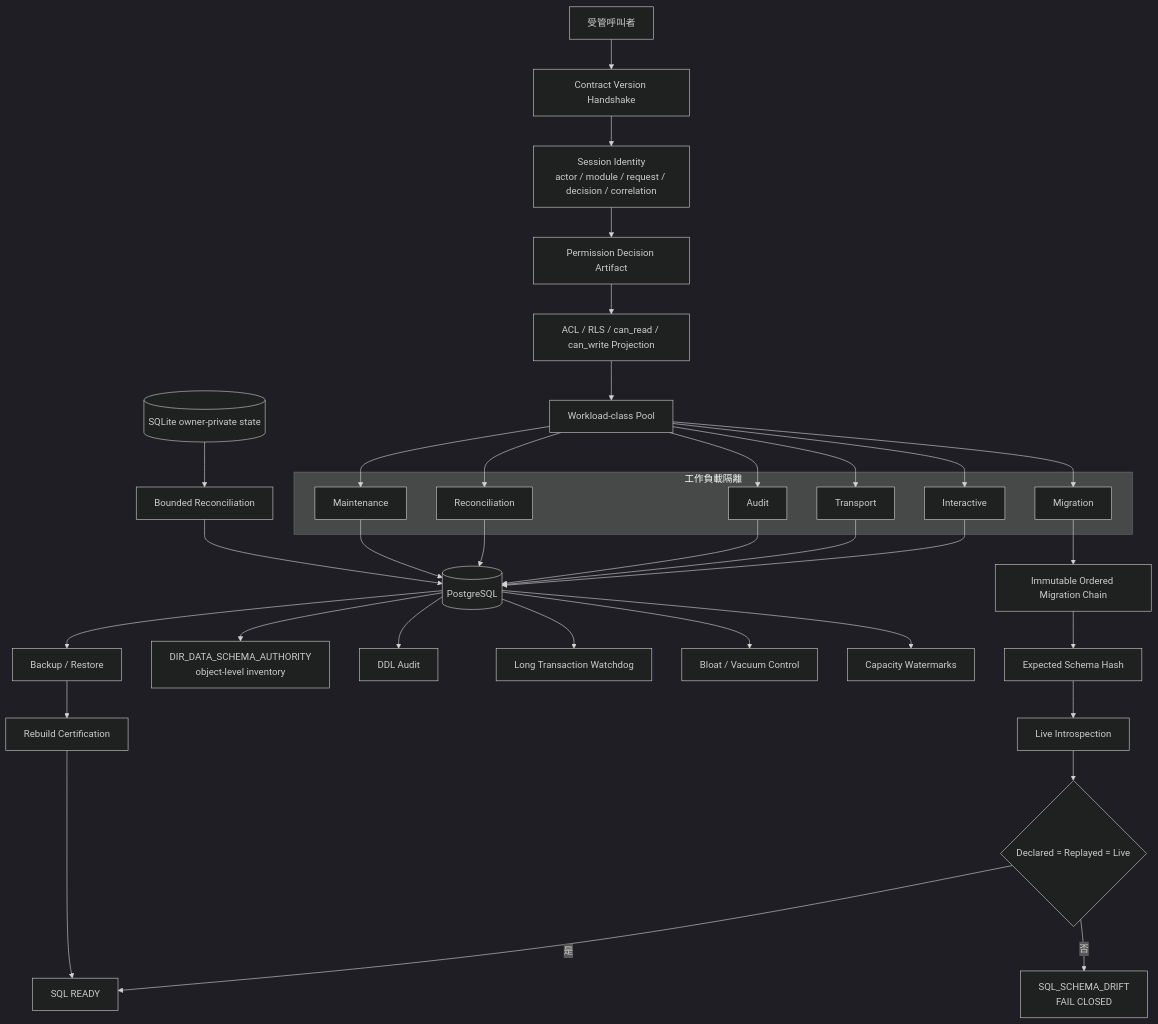
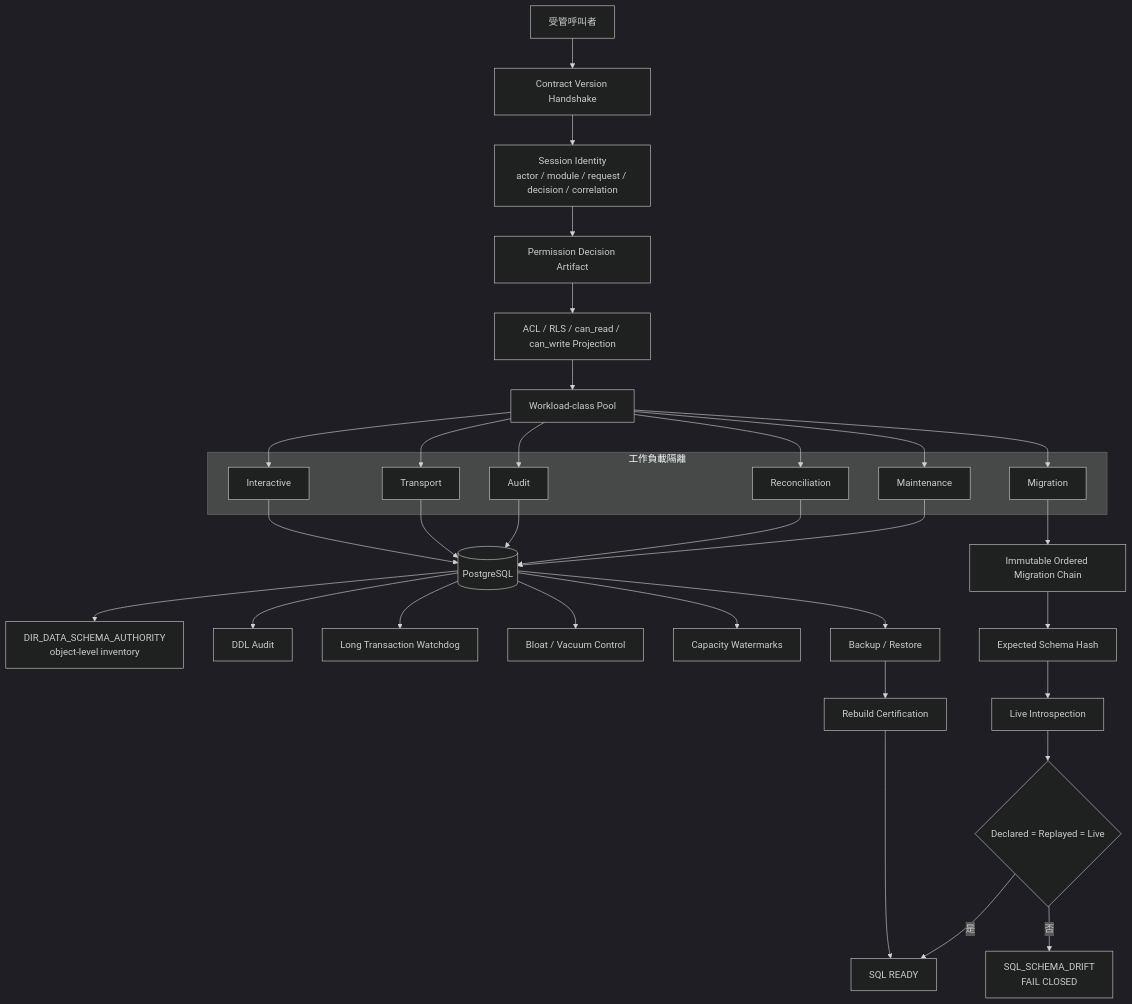
The eighth of 11 diagrams in governance_rule/codex/architecture-project.md (guilty442-source/GPTBridge), drawn with Mermaid (dark theme) before and after one commit. The commit also changed other lines of this file and 62 other files, not shown here.

````diff
--- a/governance_rule/codex/architecture-project.md
+++ b/governance_rule/codex/architecture-project.md
@@ -261,47 +263,45 @@
 ```mermaid
 flowchart TB
   CALL[受管呼叫者] --> HELLO[Contract Version Handshake]
   HELLO --> SESSION[Session Identity<br/>actor / module / request / decision / correlation]
   SESSION --> AUTH[Permission Decision Artifact]
   AUTH --> RLS[ACL / RLS / can_read / can_write Projection]
   RLS --> POOL[Workload-class Pool]
 
   subgraph CLASSES[工作負載隔離]
     INT[Interactive]
     TRANS[Transport]
     AUD[Audit]
     REC[Reconciliation]
     MAINT[Maintenance]
     MIGR[Migration]
   end
   POOL --> INT
   POOL --> TRANS
   POOL --> AUD
   POOL --> REC
   POOL --> MAINT
   POOL --> MIGR
 
   INT --> PG[(PostgreSQL)]
   TRANS --> PG
   AUD --> PG
   REC --> PG
   MAINT --> PG
   MIGR --> CHAIN[Immutable Ordered Migration Chain]
   CHAIN --> EXPECT[Expected Schema Hash]
   EXPECT --> LIVE[Live Introspection]
   LIVE --> GATE{Declared = Replayed = Live}
   GATE -->|是| READY[SQL READY]
   GATE -->|否| DRIFT[SQL_SCHEMA_DRIFT<br/>FAIL CLOSED]
 
   PG --> DIR[DIR_DATA_SCHEMA_AUTHORITY<br/>object-level inventory]
   PG --> DDL[DDL Audit]
   PG --> TX[Long Transaction Watchdog]
   PG --> VAC[Bloat / Vacuum Control]
   PG --> CAP[Capacity Watermarks]
   PG --> BACKUP[Backup / Restore]
   BACKUP --> CERT[Rebuild Certification]
   CERT --> READY
 
-  SQ[(SQLite owner-private state)] --> RECON[Bounded Reconciliation]
-  RECON --> PG
 ```
````
